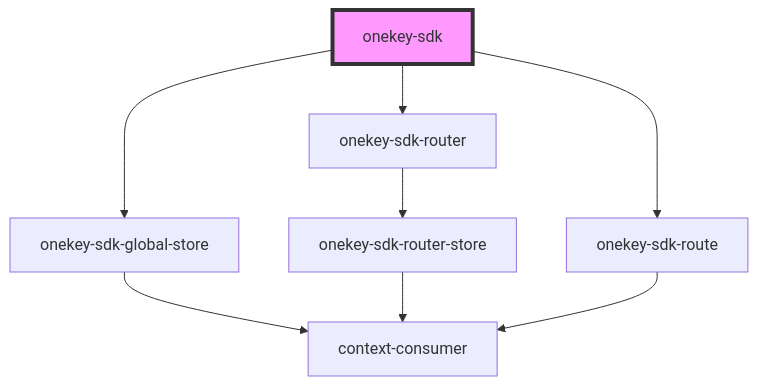
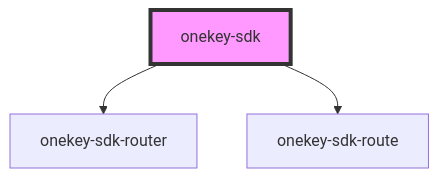
Before and after one commit to hcl-sdk/HealthCareLocatorWebSDK: the diagram in docs/components/screens/onekey-sdk/readme.md, drawn with Mermaid. The commit also changed other lines of this file and 181 other files, not shown here.

````diff
--- a/docs/components/screens/onekey-sdk/readme.md
+++ b/docs/components/screens/onekey-sdk/readme.md
@@ -24,11 +23,6 @@
 ```mermaid
 graph TD;
-  onekey-sdk --> onekey-sdk-global-store
   onekey-sdk --> onekey-sdk-router
   onekey-sdk --> onekey-sdk-route
-  onekey-sdk-global-store --> context-consumer
-  onekey-sdk-router --> onekey-sdk-router-store
-  onekey-sdk-router-store --> context-consumer
-  onekey-sdk-route --> context-consumer
   style onekey-sdk fill:#f9f,stroke:#333,stroke-width:4px
 ```
````
